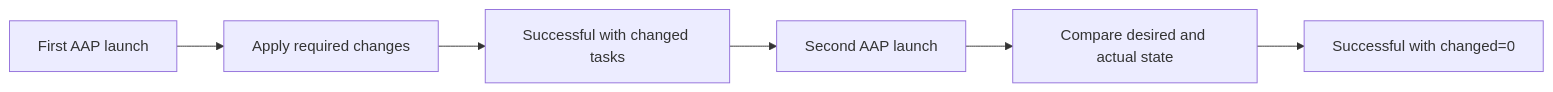
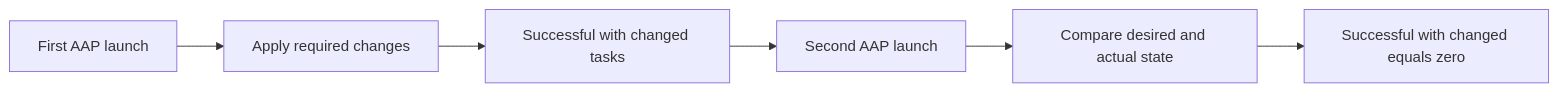
One commit to Ansible-workshop-ch/bootcamp changed the second of 3 diagrams in module07/aap-workflow.md. Above: the diagram before and after it, drawn with Mermaid. The commit also changed other lines of this file, not shown here.

````diff
--- a/module07/aap-workflow.md
+++ b/module07/aap-workflow.md
@@ -1245,8 +697,8 @@
 ```mermaid
 flowchart LR
     FIRST[First AAP launch] --> APPLY[Apply required changes]
-    APPLY --> FIRSTRESULT[Successful with changed tasks]
-    FIRSTRESULT --> SECOND[Second AAP launch]
+    APPLY --> RESULT1[Successful with changed tasks]
+    RESULT1 --> SECOND[Second AAP launch]
     SECOND --> COMPARE[Compare desired and actual state]
-    COMPARE --> SECONDRESULT[Successful with changed=0]
+    COMPARE --> RESULT2[Successful with changed equals zero]
 ```
````
